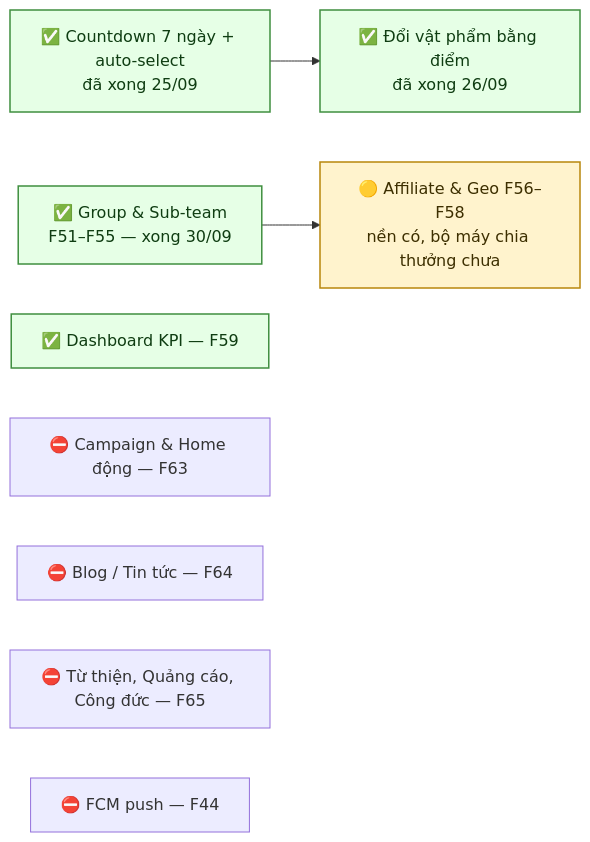
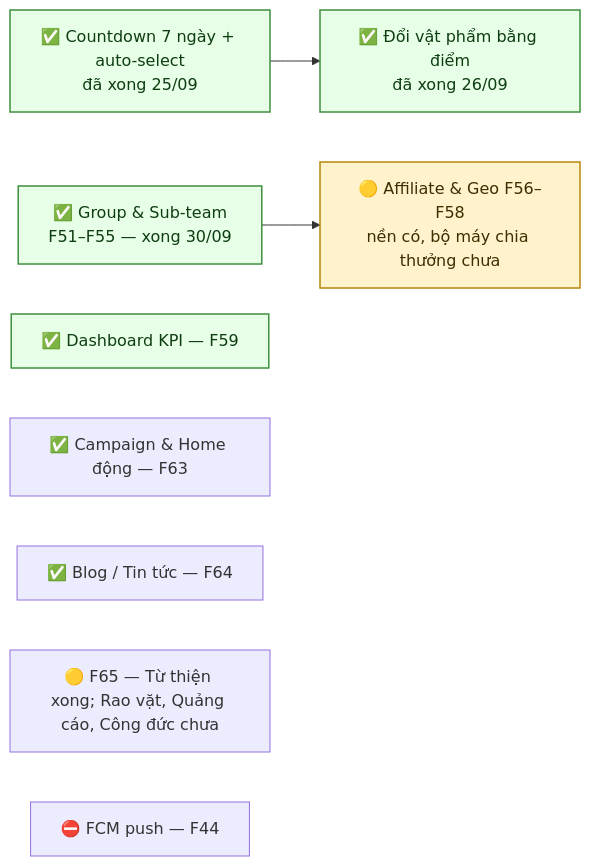
One commit to fdshn/trueheart changed the diagram in docs/diagram/21-open-issues.md. Above: the diagram before and after it, drawn with Mermaid. The commit also changed 31 other files, not shown here.

````diff
--- a/docs/diagram/21-open-issues.md
+++ b/docs/diagram/21-open-issues.md
@@ -128,16 +128,16 @@
 ```mermaid
 flowchart LR
     A["✅ Countdown 7 ngày + auto-select<br/>đã xong 25/09"] --> B["✅ Đổi vật phẩm bằng điểm<br/>đã xong 26/09"]
     C["✅ Group & Sub-team<br/>F51–F55 — xong 30/09"] --> D["🟡 Affiliate & Geo F56–F58<br/>nền có, bộ máy chia thưởng chưa"]
     E["✅ Dashboard KPI — F59"]
-    F["⛔ Campaign & Home động — F63"]
-    G["⛔ Blog / Tin tức — F64"]
-    H["⛔ Từ thiện, Quảng cáo, Công đức — F65"]
+    F["✅ Campaign & Home động — F63"]
+    G["✅ Blog / Tin tức — F64"]
+    H["🟡 F65 — Từ thiện xong; Rao vặt, Quảng cáo, Công đức chưa"]
     I["⛔ FCM push — F44"]
 
     style A fill:#e6ffe6,stroke:#3f8f3f,stroke-width:1.5px,color:#0f3d12
     style B fill:#e6ffe6,stroke:#3f8f3f,stroke-width:1.5px,color:#0f3d12
     style C fill:#e6ffe6,stroke:#3f8f3f,stroke-width:1.5px,color:#0f3d12
     style E fill:#e6ffe6,stroke:#3f8f3f,stroke-width:1.5px,color:#0f3d12
     style D fill:#fff3cd,stroke:#b8860b,stroke-width:1.5px,color:#3d2f00
 ```
````
